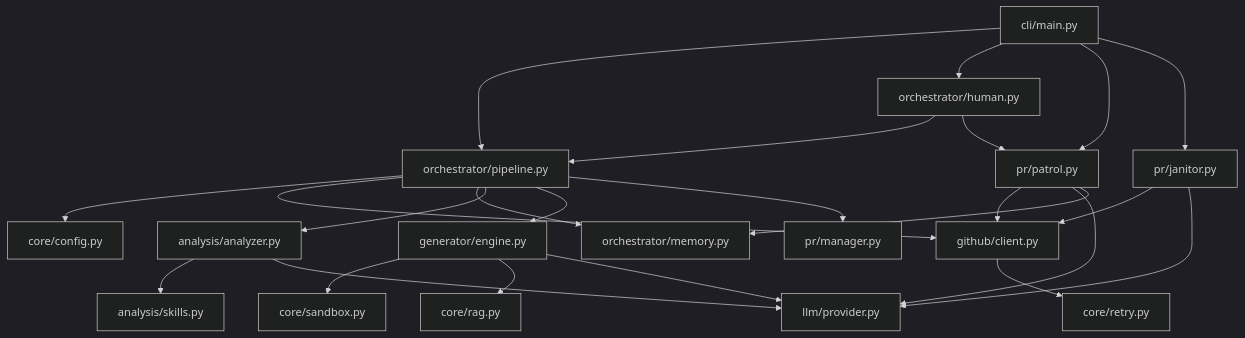
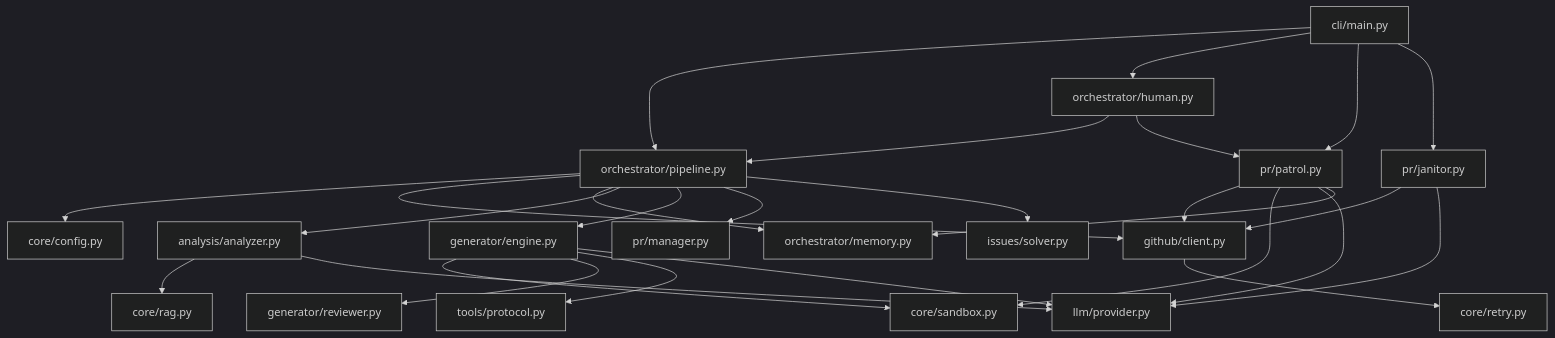
Before and after one commit to hieuit095/Agent-Farm: the diagram in PROJECT_MAP.md, drawn with Mermaid (dark theme). The commit also changed other lines of this file and 1 other file, not shown here.

````diff
--- a/PROJECT_MAP.md
+++ b/PROJECT_MAP.md
@@ -86,33 +88,36 @@
 ```mermaid
 graph TD
     CLI[cli/main.py] --> Orchestrator[orchestrator/pipeline.py]
     CLI --> SuperHuman[orchestrator/human.py]
     CLI --> PRPatrol[pr/patrol.py]
     CLI --> PRJanitor[pr/janitor.py]
 
     Orchestrator --> Config[core/config.py]
     Orchestrator --> GitHub[github/client.py]
     Orchestrator --> Memory[orchestrator/memory.py]
     Orchestrator --> Analyzer[analysis/analyzer.py]
     Orchestrator --> Generator[generator/engine.py]
     Orchestrator --> PRManager[pr/manager.py]
+    Orchestrator --> IssueSolver[issues/solver.py]
 
-    Analyzer --> Skills[analysis/skills.py]
+    Analyzer --> RAG[core/rag.py]
     Analyzer --> LLM[llm/provider.py]
 
     Generator --> Sandbox[core/sandbox.py]
-    Generator --> RAG[core/rag.py]
+    Generator --> Reviewer[generator/reviewer.py]
+    Generator --> Tools[tools/protocol.py]
     Generator --> LLM
 
     SuperHuman --> Orchestrator
     SuperHuman --> PRPatrol
 
     PRPatrol --> GitHub
+    PRPatrol --> Sandbox
     PRPatrol --> LLM
     PRPatrol --> Memory
 
     PRJanitor --> GitHub
     PRJanitor --> LLM
 
     GitHub --> Retry[core/retry.py]
 ```
````
